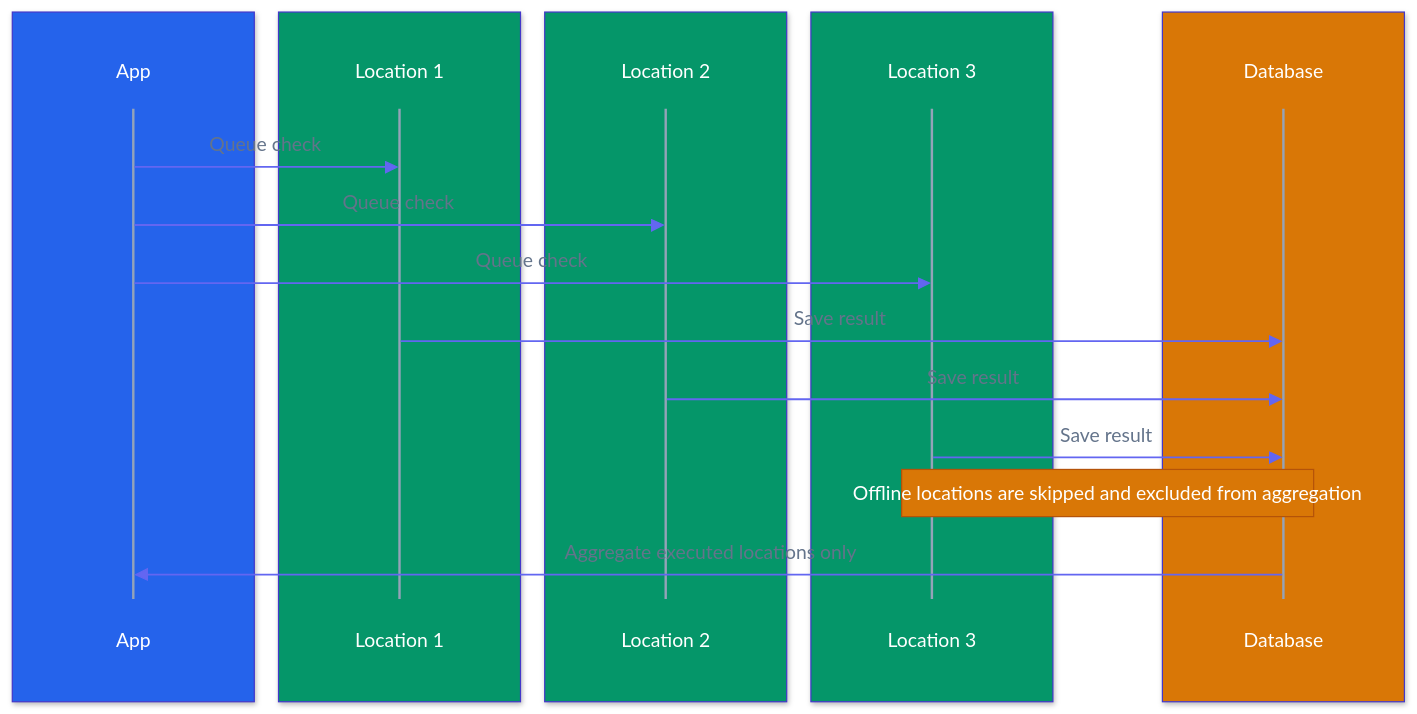
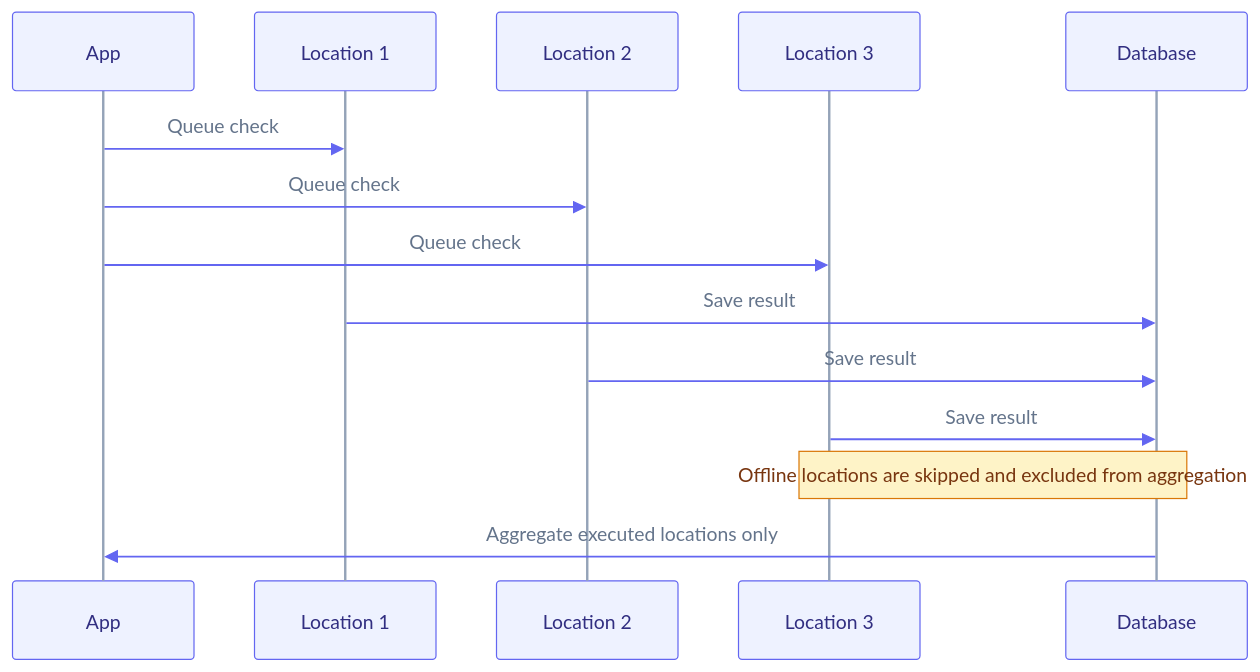
The diagram in docs/content/docs/app/monitor.mdx (supercheck-io/supercheck), drawn with Mermaid before and after one commit. The commit also changed 11 other files, not shown here.

First line of the commit message:
docs: clean up sequence diagram colors and readability

````diff
--- a/docs/content/docs/app/monitor.mdx
+++ b/docs/content/docs/app/monitor.mdx
@@ -172,28 +172,18 @@
 ```mermaid
-%%{init: {"theme":"base","themeVariables":{"fontFamily":"ui-sans-serif, system-ui, -apple-system, Segoe UI, Roboto, sans-serif","primaryColor":"#6366f1","primaryTextColor":"#ffffff","primaryBorderColor":"#4338ca","lineColor":"#94a3b8","actorBkg":"transparent","actorBorder":"transparent","actorTextColor":"#ffffff","actorLineColor":"#94a3b8","signalColor":"#6366f1","signalTextColor":"#64748b","labelBoxBkgColor":"#d97706","labelBoxBorderColor":"#b45309","labelTextColor":"#ffffff","loopTextColor":"#64748b","activationBkgColor":"#7c3aed","activationBorderColor":"#6d28d9","noteBkgColor":"#d97706","noteBorderColor":"#b45309","noteTextColor":"#ffffff","textColor":"#64748b","mainBkg":"#ffffff"}}}%%
+%%{init: {"theme":"base","themeVariables":{"fontFamily":"ui-sans-serif, system-ui, -apple-system, Segoe UI, Roboto, sans-serif","actorBkg":"#eef2ff","actorBorder":"#6366f1","actorTextColor":"#312e81","actorLineColor":"#94a3b8","signalColor":"#6366f1","signalTextColor":"#64748b","labelBoxBkgColor":"#fef3c7","labelBoxBorderColor":"#d97706","labelTextColor":"#78350f","loopTextColor":"#64748b","activationBkgColor":"#ddd6fe","activationBorderColor":"#7c3aed","noteBkgColor":"#fef3c7","noteBorderColor":"#d97706","noteTextColor":"#78350f","textColor":"#64748b","lineColor":"#94a3b8","mainBkg":"transparent"}}}%%
 sequenceDiagram
-    box rgb(37,99,235)
-        participant App
-    end
-    box rgb(5,150,105)
-        participant L1 as Location 1
-    end
-    box rgb(5,150,105)
-        participant L2 as Location 2
-    end
-    box rgb(5,150,105)
-        participant L3 as Location 3
-    end
-    box rgb(217,119,6)
-        participant DB as Database
-    end
+    participant App
+    participant L1 as Location 1
+    participant L2 as Location 2
+    participant L3 as Location 3
+    participant DB as Database
 
     App->>L1: Queue check
     App->>L2: Queue check
     App->>L3: Queue check
     L1->>DB: Save result
     L2->>DB: Save result
     L3->>DB: Save result
     Note over L3,DB: Offline locations are skipped and excluded from aggregation
     DB->>App: Aggregate executed locations only
 ```
````
